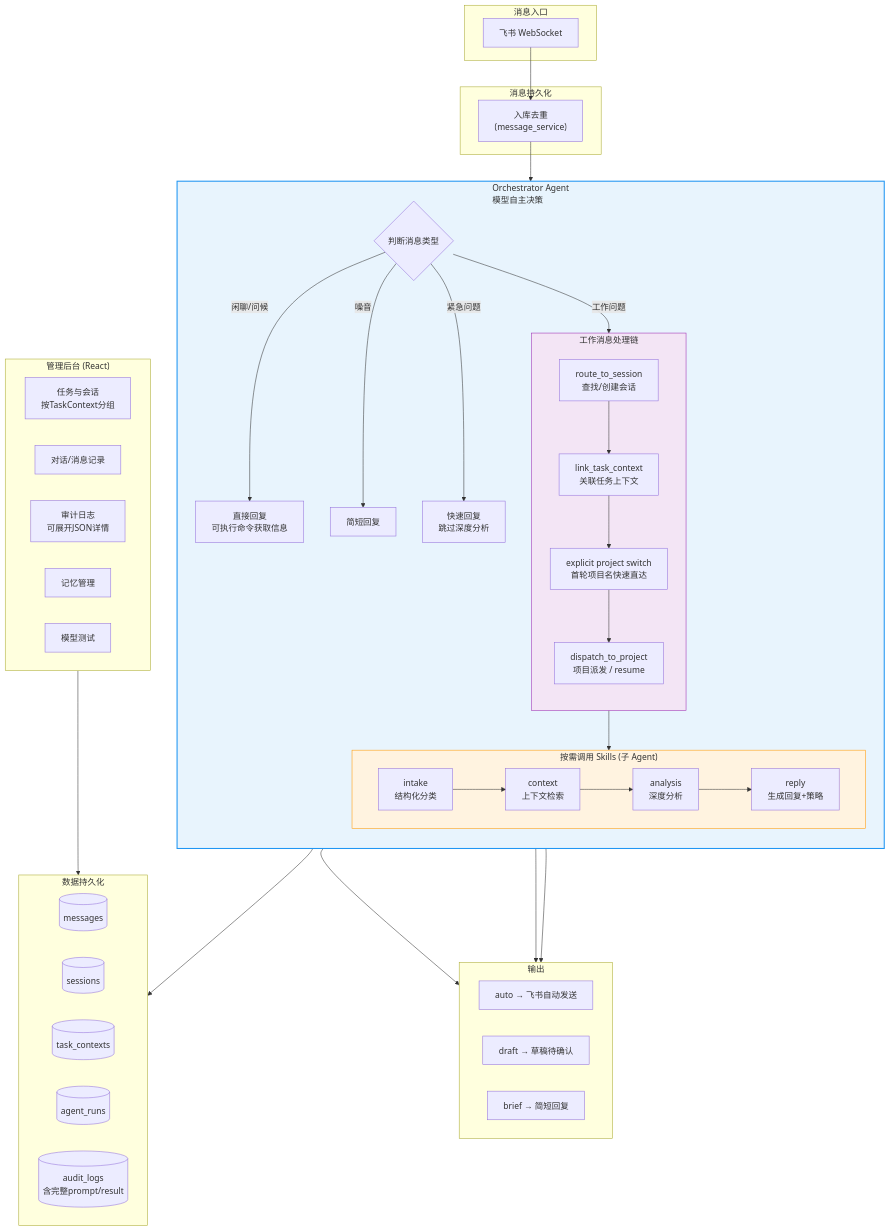
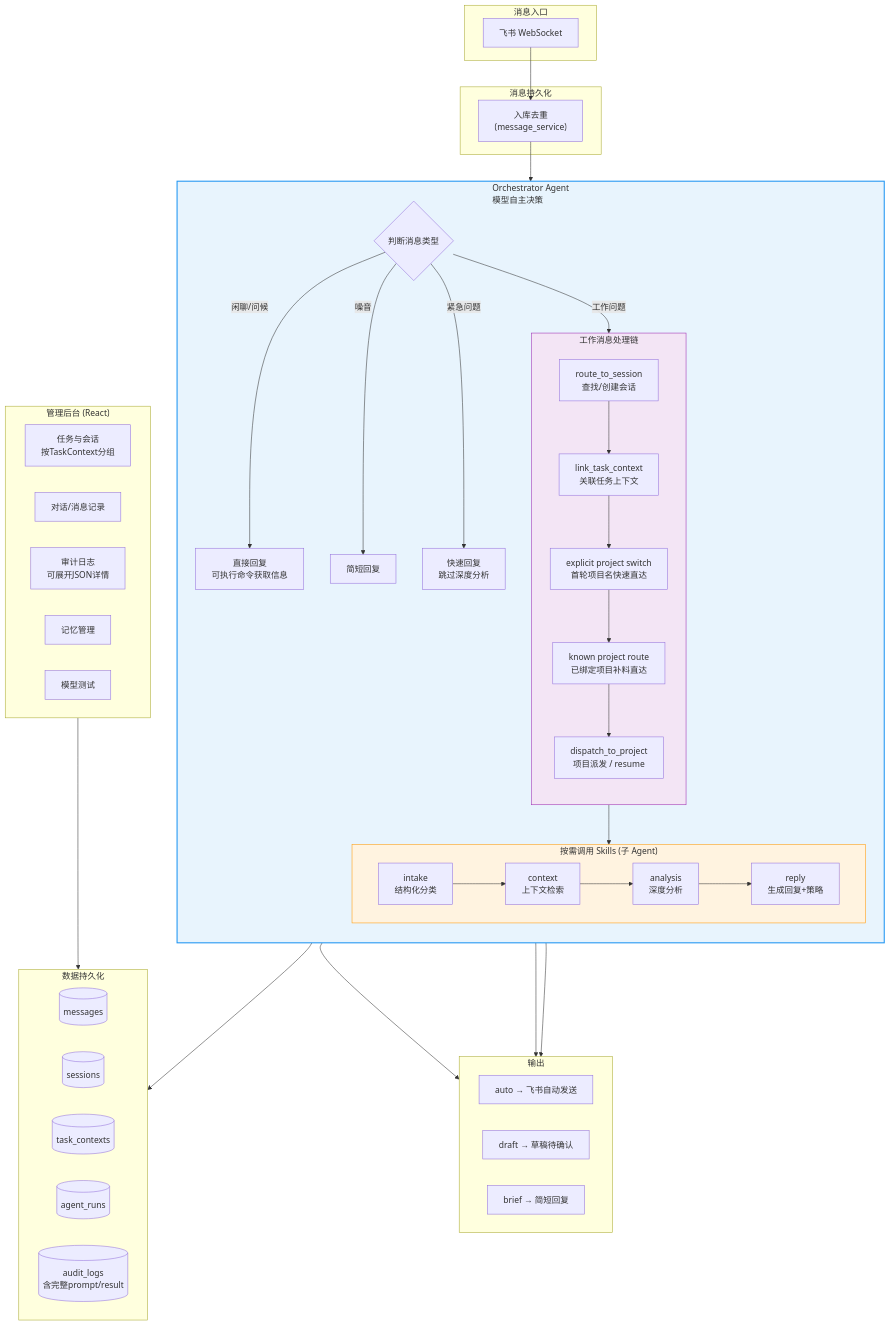
The diagram in README.md (weifuchow/work-agent-os), drawn with Mermaid before and after one commit. The commit also changed other lines of this file and 16 other files, not shown here.

````diff
--- a/README.md
+++ b/README.md
@@ -7,74 +7,75 @@
 ```mermaid
 flowchart TB
     subgraph Input["消息入口"]
         Feishu["飞书 WebSocket"]
     end
 
     subgraph Persist["消息持久化"]
         Save["入库去重<br/>(message_service)"]
     end
 
     subgraph Orchestrator["Orchestrator Agent<br/>模型自主决策"]
         direction TB
         Judge{"判断消息类型"}
 
         Judge -->|"闲聊/问候"| DirectReply["直接回复<br/>可执行命令获取信息"]
         Judge -->|"噪音"| Brief["简短回复"]
         Judge -->|"工作问题"| WorkFlow
         Judge -->|"紧急问题"| UrgentFlow["快速回复<br/>跳过深度分析"]
 
         subgraph WorkFlow["工作消息处理链"]
             direction TB
             Route["route_to_session<br/>查找/创建会话"]
             Link["link_task_context<br/>关联任务上下文"]
             FastProject["explicit project switch<br/>首轮项目名快速直达"]
+            KnownProject["known project route<br/>已绑定项目补料直达"]
             Dispatch["dispatch_to_project<br/>项目派发 / resume"]
-            Route --> Link --> FastProject --> Dispatch
+            Route --> Link --> FastProject --> KnownProject --> Dispatch
         end
 
         subgraph Skills["按需调用 Skills (子 Agent)"]
             direction LR
             Intake["intake<br/>结构化分类"]
             Context["context<br/>上下文检索"]
             Analysis["analysis<br/>深度分析"]
             Reply["reply<br/>生成回复+策略"]
         end
 
         WorkFlow --> Skills
         Intake --> Context --> Analysis --> Reply
     end
 
     subgraph Output["输出"]
         Auto["auto → 飞书自动发送"]
         Draft["draft → 草稿待确认"]
         BriefOut["brief → 简短回复"]
     end
 
     subgraph DB["数据持久化"]
         Messages[(messages)]
         Sessions[(sessions)]
         TaskCtx[(task_contexts)]
         AgentRuns[(agent_runs)]
         AuditLogs[(audit_logs<br/>含完整prompt/result)]
     end
 
     subgraph AdminUI["管理后台 (React)"]
         TaskView["任务与会话<br/>按TaskContext分组"]
         ConvView["对话/消息记录"]
         AuditView["审计日志<br/>可展开JSON详情"]
         MemoryView["记忆管理"]
         Playground["模型测试"]
     end
 
     Feishu --> Save --> Orchestrator
     Reply --> Output
     UrgentFlow --> Output
     DirectReply --> Output
 
     Orchestrator --> DB
     AdminUI --> DB
 
     style Orchestrator fill:#e8f4fd,stroke:#2196F3,stroke-width:2px
     style Skills fill:#fff3e0,stroke:#FF9800,stroke-width:1px
     style WorkFlow fill:#f3e5f5,stroke:#9C27B0,stroke-width:1px
 ```
````
